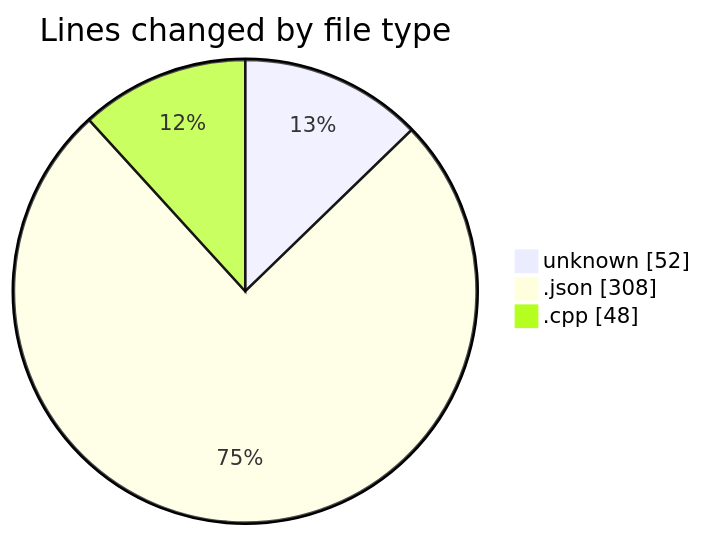
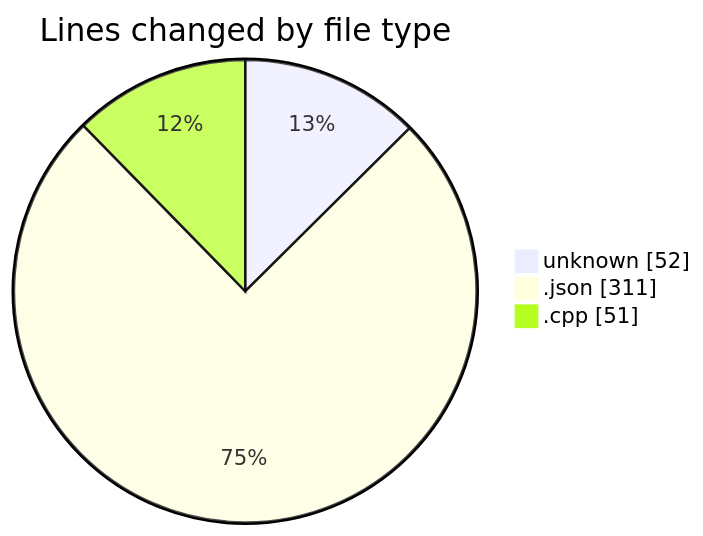
One commit to Netris89/code-tracking changed the first of 2 diagrams in 2025-03-26/echo/README.md. Above: the diagram before and after it, drawn with Mermaid. The commit also changed other lines of this file and 1 other file, not shown here.

````diff
--- a/2025-03-26/echo/README.md
+++ b/2025-03-26/echo/README.md
@@ -24,7 +24,7 @@
 ```mermaid
 pie showData
 title Lines changed by file type
 "unknown" : 52
-".json" : 308
-".cpp" : 48
+".json" : 311
+".cpp" : 51
 ```
````
